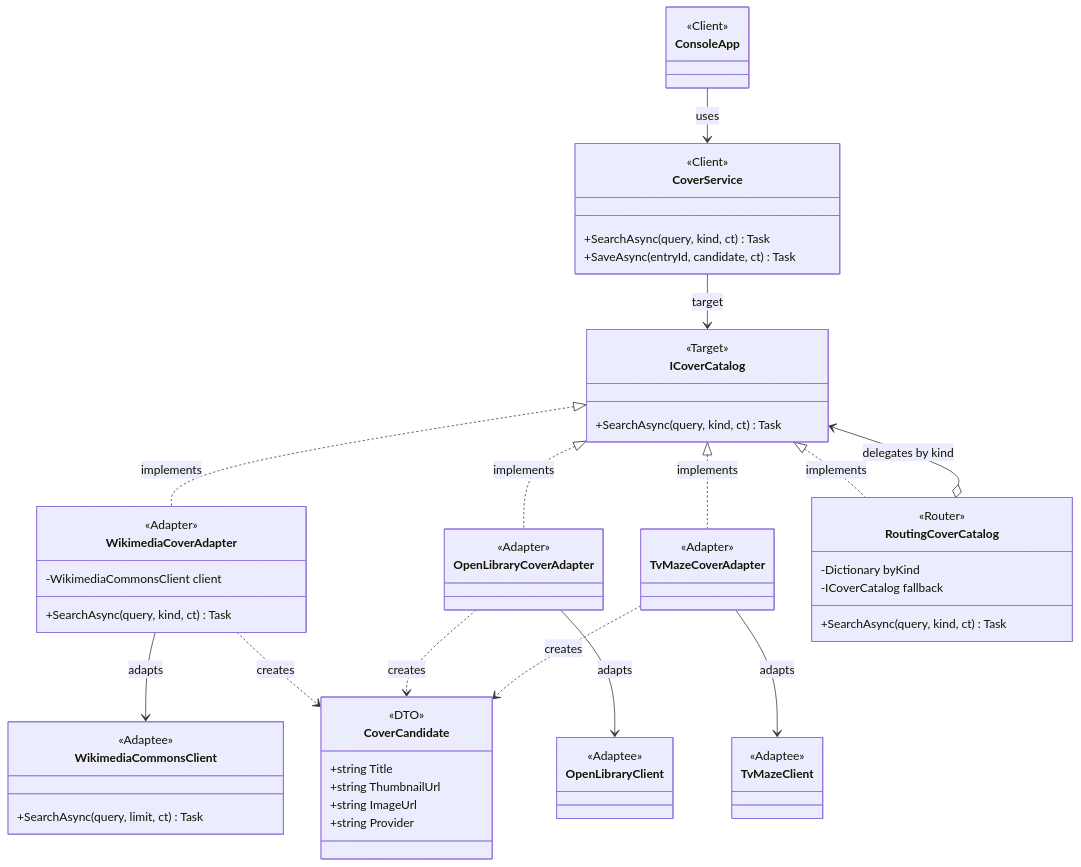
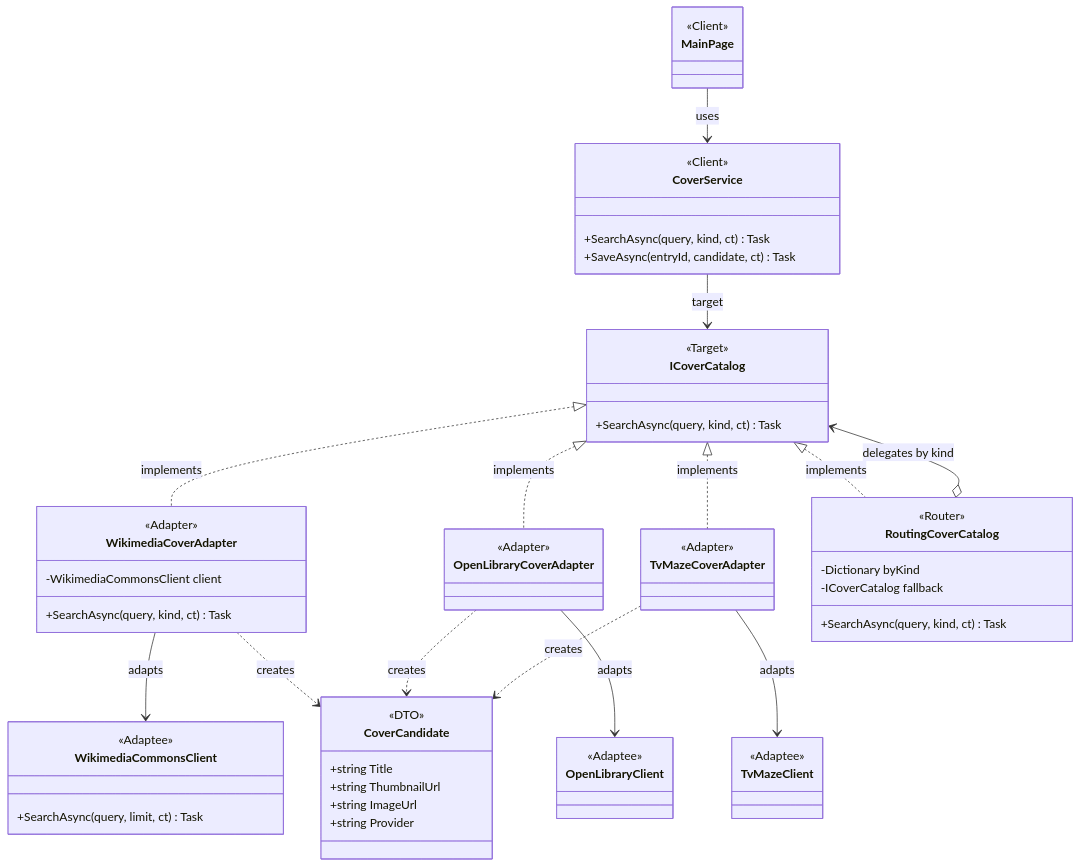
The first of 3 diagrams in Reports/Lab2.md (Prince-of-Nothing/TMPS-Labs), drawn with Mermaid before and after one commit. The commit also changed other lines of this file and 30 other files, not shown here.

````diff
--- a/Reports/Lab2.md
+++ b/Reports/Lab2.md
@@ -184,63 +186,63 @@
 ```mermaid
 classDiagram
 direction TB
-class ConsoleApp {
+class MainPage {
   <<Client>>
 }
 class CoverService {
   <<Client>>
   +SearchAsync(query, kind, ct) Task
   +SaveAsync(entryId, candidate, ct) Task
 }
 class ICoverCatalog {
   <<Target>>
   +SearchAsync(query, kind, ct) Task
 }
 class CoverCandidate {
   <<DTO>>
   +string Title
   +string ThumbnailUrl
   +string ImageUrl
   +string Provider
 }
 class WikimediaCoverAdapter {
   <<Adapter>>
   -WikimediaCommonsClient client
   +SearchAsync(query, kind, ct) Task
 }
 class OpenLibraryCoverAdapter {
   <<Adapter>>
 }
 class TvMazeCoverAdapter {
   <<Adapter>>
 }
 class WikimediaCommonsClient {
   <<Adaptee>>
   +SearchAsync(query, limit, ct) Task
 }
 class OpenLibraryClient {
   <<Adaptee>>
 }
 class TvMazeClient {
   <<Adaptee>>
 }
 class RoutingCoverCatalog {
   <<Router>>
   -Dictionary byKind
   -ICoverCatalog fallback
   +SearchAsync(query, kind, ct) Task
 }
-ConsoleApp --> CoverService : uses
+MainPage --> CoverService : uses
 CoverService --> ICoverCatalog : target
 ICoverCatalog <|.. WikimediaCoverAdapter : implements
 ICoverCatalog <|.. OpenLibraryCoverAdapter : implements
 ICoverCatalog <|.. TvMazeCoverAdapter : implements
 ICoverCatalog <|.. RoutingCoverCatalog : implements
 WikimediaCoverAdapter --> WikimediaCommonsClient : adapts
 OpenLibraryCoverAdapter --> OpenLibraryClient : adapts
 TvMazeCoverAdapter --> TvMazeClient : adapts
 RoutingCoverCatalog o--> ICoverCatalog : delegates by kind
 WikimediaCoverAdapter ..> CoverCandidate : creates
 OpenLibraryCoverAdapter ..> CoverCandidate : creates
 TvMazeCoverAdapter ..> CoverCandidate : creates
 ```
````
